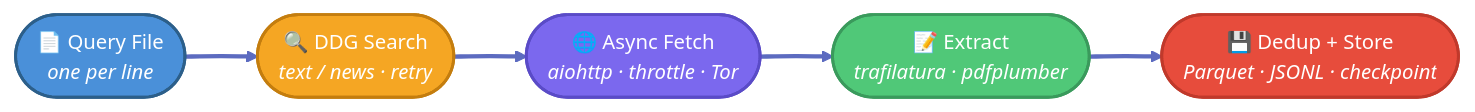
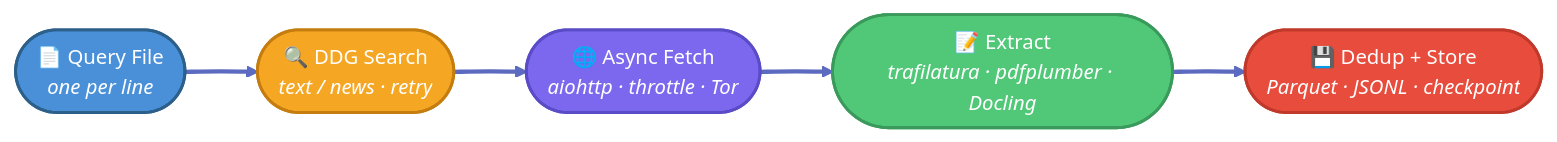
Before and after one commit to HydrAI/financial_webscrap: the first of 6 diagrams in docs/architecture.md, drawn with Mermaid. The commit also changed other lines of this file and 14 other files, not shown here.

````diff
--- a/docs/architecture.md
+++ b/docs/architecture.md
@@ -5,22 +5,22 @@
 ```mermaid
 %%{init: {'theme': 'base', 'themeVariables': {'primaryColor': '#4a90d9', 'lineColor': '#5c6bc0', 'fontSize': '14px'}}}%%
 flowchart LR
     A([" 📄 Query File\n<i>one per line</i> "]):::blue
     B([" 🔍 DDG Search\n<i>text / news · retry</i> "]):::orange
     C([" 🌐 Async Fetch\n<i>aiohttp · throttle · Tor</i> "]):::purple
-    D([" 📝 Extract\n<i>trafilatura · pdfplumber</i> "]):::green
+    D([" 📝 Extract\n<i>trafilatura · pdfplumber · Docling</i> "]):::green
     E([" 💾 Dedup + Store\n<i>Parquet · JSONL · checkpoint</i> "]):::red
 
     A --> B --> C --> D --> E
 
     classDef blue fill:#4a90d9,stroke:#2c5f8a,color:#fff,stroke-width:2px
     classDef orange fill:#f5a623,stroke:#c47d0e,color:#fff,stroke-width:2px
     classDef purple fill:#7b68ee,stroke:#5a4bc7,color:#fff,stroke-width:2px
     classDef green fill:#50c878,stroke:#3a9a5c,color:#fff,stroke-width:2px
     classDef red fill:#e74c3c,stroke:#c0392b,color:#fff,stroke-width:2px
 
     linkStyle 0 stroke:#5c6bc0,stroke-width:3px
     linkStyle 1 stroke:#5c6bc0,stroke-width:3px
     linkStyle 2 stroke:#5c6bc0,stroke-width:3px
     linkStyle 3 stroke:#5c6bc0,stroke-width:3px
 ```
````
